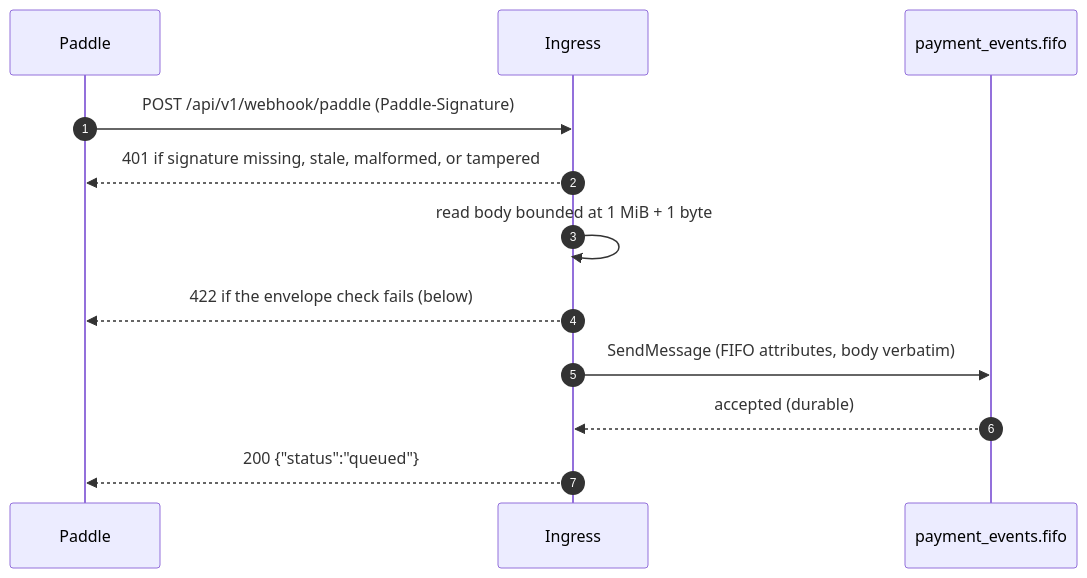
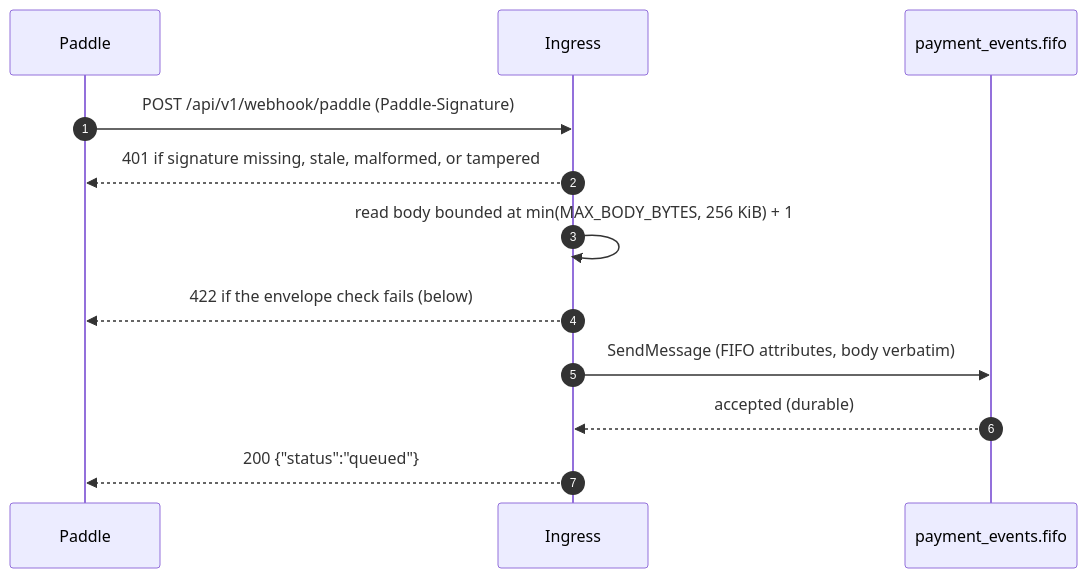
The diagram in services/payment-webhook/specification/http.md (kunalPisolkar24/detectAI), drawn with Mermaid before and after one commit. The commit also changed other lines of this file and 18 other files, not shown here.

````diff
--- a/services/payment-webhook/specification/http.md
+++ b/services/payment-webhook/specification/http.md
@@ -28,15 +26,15 @@
 ```mermaid
 sequenceDiagram
     autonumber
     participant P as Paddle
     participant E as Ingress
     participant Q as payment_events.fifo
 
     P->>E: POST /api/v1/webhook/paddle (Paddle-Signature)
     E-->>P: 401 if signature missing, stale, malformed, or tampered
-    E->>E: read body bounded at 1 MiB + 1 byte
+    E->>E: read body bounded at min(MAX_BODY_BYTES, 256 KiB) + 1
     E-->>P: 422 if the envelope check fails (below)
     E->>Q: SendMessage (FIFO attributes, body verbatim)
     Q-->>E: accepted (durable)
     E-->>P: 200 {"status":"queued"}
 ```
````
